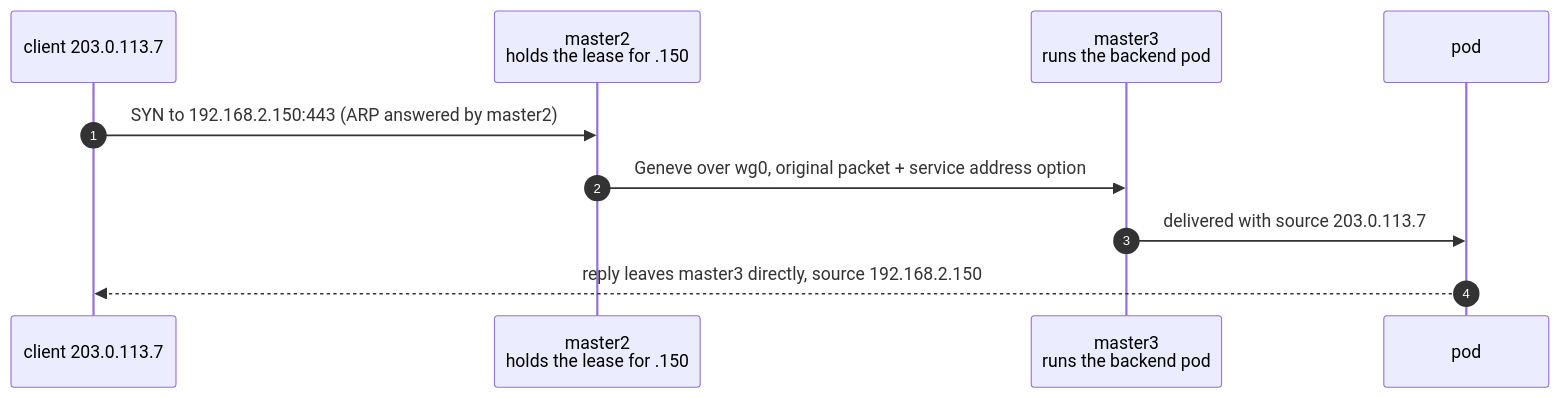
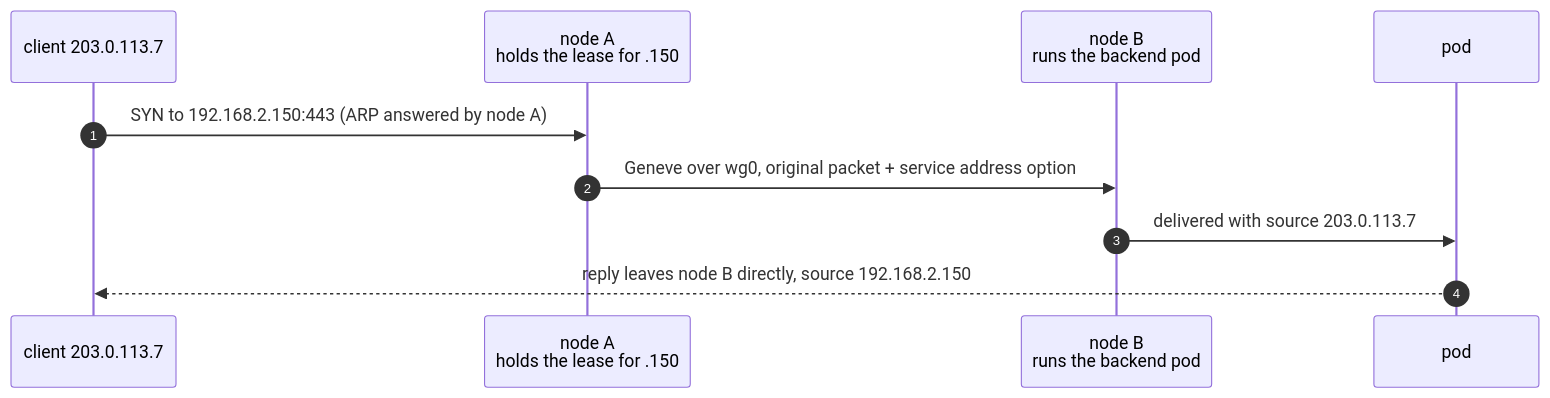
Before and after one commit to xLexih/homelab: the fourth of 8 diagrams in docs/ARCHITECTURE.md, drawn with Mermaid. The commit also changed other lines of this file and 16 other files, not shown here.

````diff
--- a/docs/ARCHITECTURE.md
+++ b/docs/ARCHITECTURE.md
@@ -91,12 +86,12 @@
 ```mermaid
 sequenceDiagram
   autonumber
   participant C as client 203.0.113.7
-  participant A as master2<br/>holds the lease for .150
-  participant B as master3<br/>runs the backend pod
+  participant A as node A<br/>holds the lease for .150
+  participant B as node B<br/>runs the backend pod
   participant P as pod
-  C->>A: SYN to 192.168.2.150:443 (ARP answered by master2)
+  C->>A: SYN to 192.168.2.150:443 (ARP answered by node A)
   A->>B: Geneve over wg0, original packet + service address option
   B->>P: delivered with source 203.0.113.7
-  P-->>C: reply leaves master3 directly, source 192.168.2.150
+  P-->>C: reply leaves node B directly, source 192.168.2.150
 ```
````
